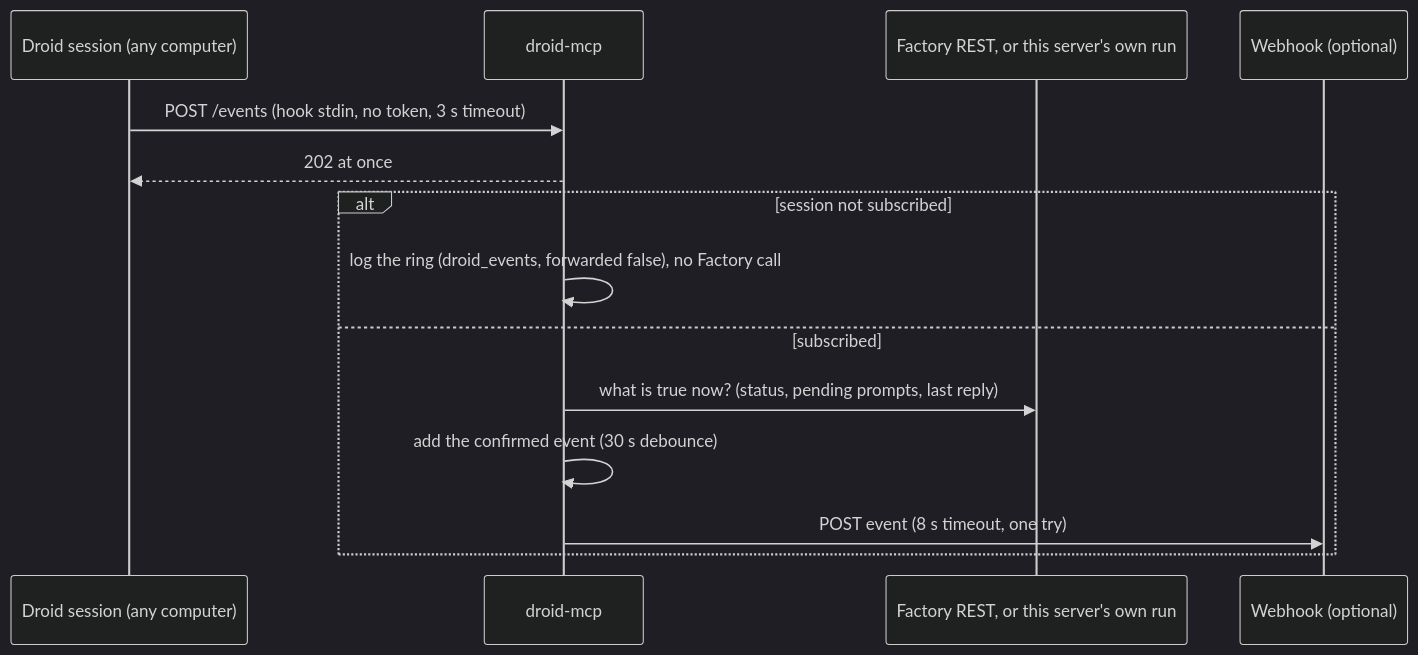
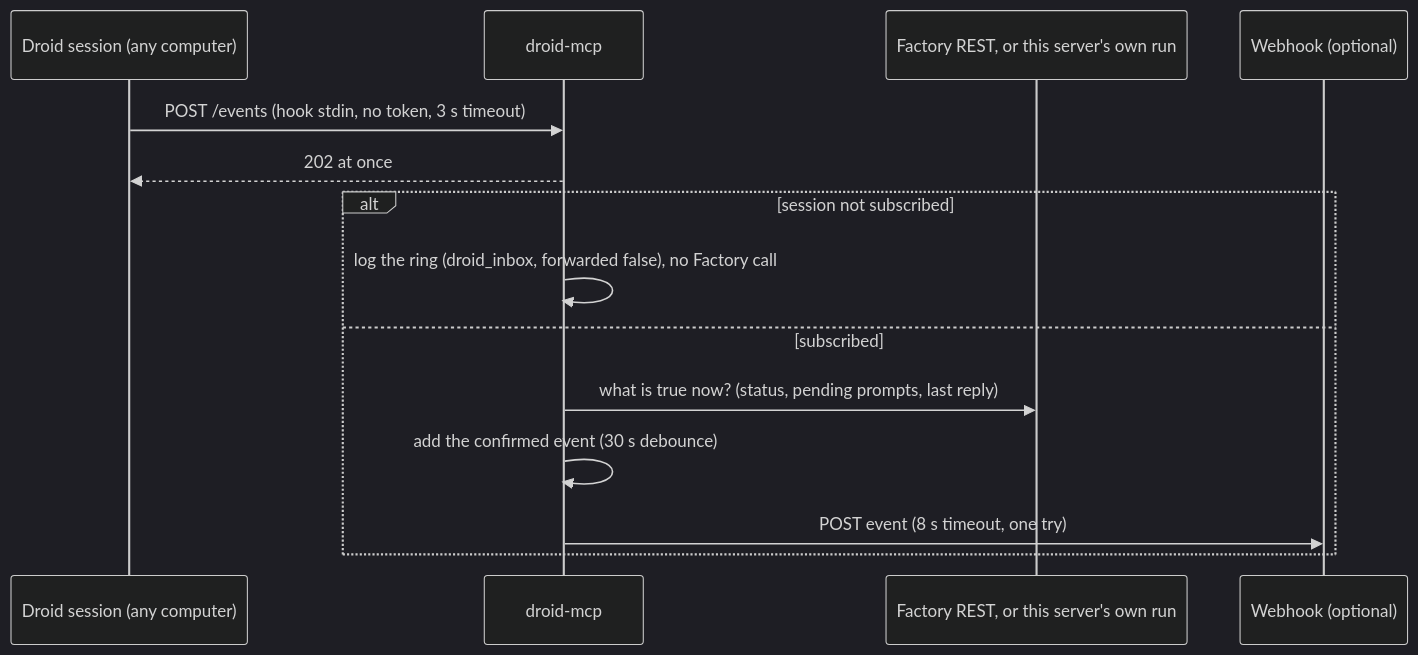
The third of 3 diagrams in README.md (Jason-Holt-Digital/droid-mcp), drawn with Mermaid (dark theme) before and after one commit. The commit also changed other lines of this file and 10 other files, not shown here.

````diff
--- a/README.md
+++ b/README.md
@@ -557,16 +569,16 @@
 ```mermaid
 sequenceDiagram
   participant D as Droid session (any computer)
   participant S as droid-mcp
   participant F as Factory REST, or this server's own run
   participant W as Webhook (optional)
   D->>S: POST /events (hook stdin, no token, 3 s timeout)
   S-->>D: 202 at once
   alt session not subscribed
-    S->>S: log the ring (droid_events, forwarded false), no Factory call
+    S->>S: log the ring (droid_inbox, forwarded false), no Factory call
   else subscribed
     S->>F: what is true now? (status, pending prompts, last reply)
     S->>S: add the confirmed event (30 s debounce)
     S->>W: POST event (8 s timeout, one try)
   end
 ```
````
